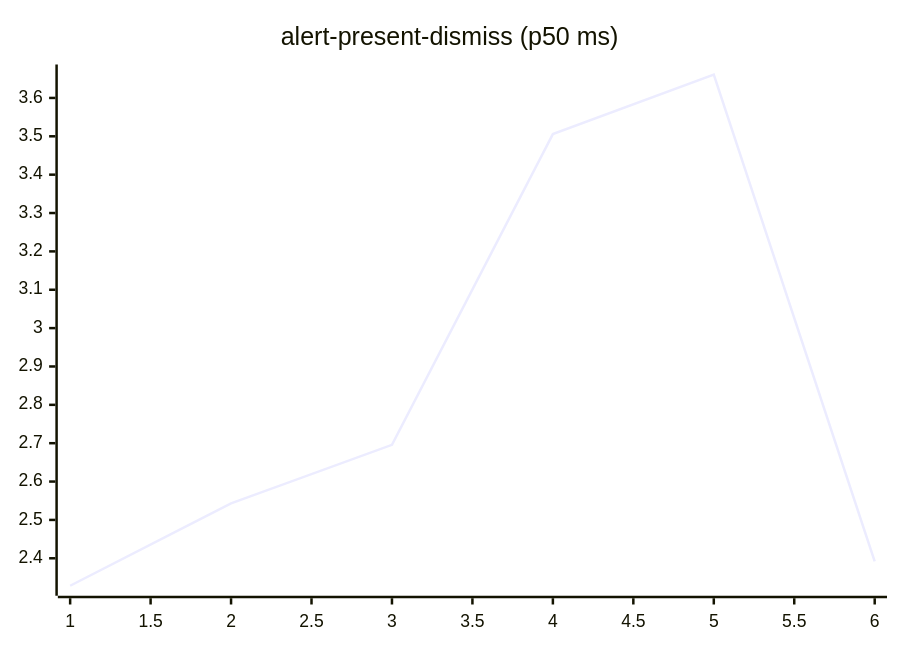
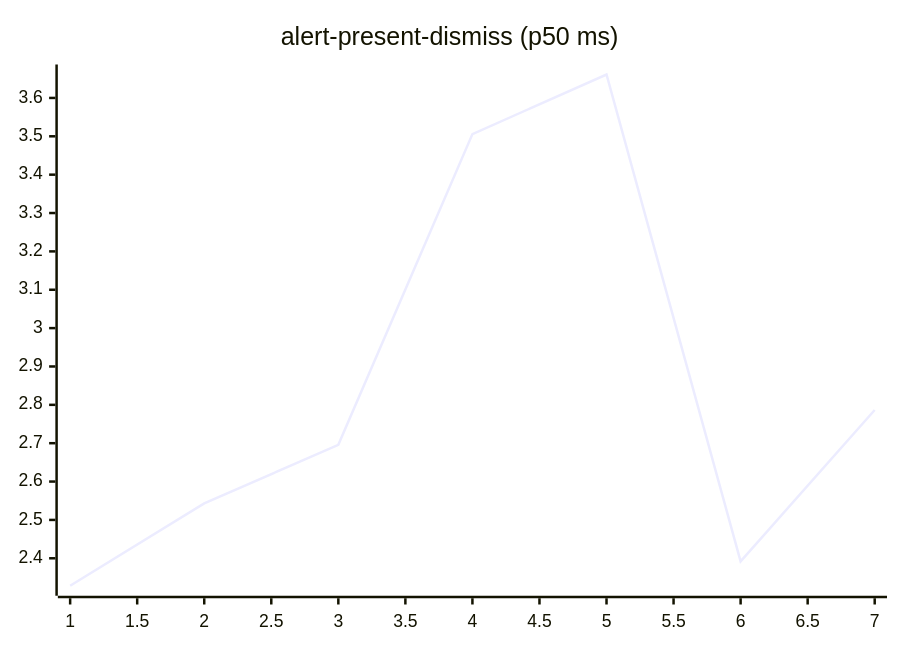
The second of 27 diagrams in README.md (josha/Facet), drawn with Mermaid before and after one commit. The commit also changed other lines of this file and 2 other files, not shown here.

````diff
--- a/README.md
+++ b/README.md
@@ -70,6 +70,6 @@
 ```mermaid
 xychart-beta
     title "alert-present-dismiss (p50 ms)"
-    x-axis 1 --> 6
-    line [2.3284, 2.5432, 2.6957, 3.5058, 3.6611, 2.3918]
+    x-axis 1 --> 7
+    line [2.3284, 2.5432, 2.6957, 3.5058, 3.6611, 2.3918, 2.7865]
 ```
````
